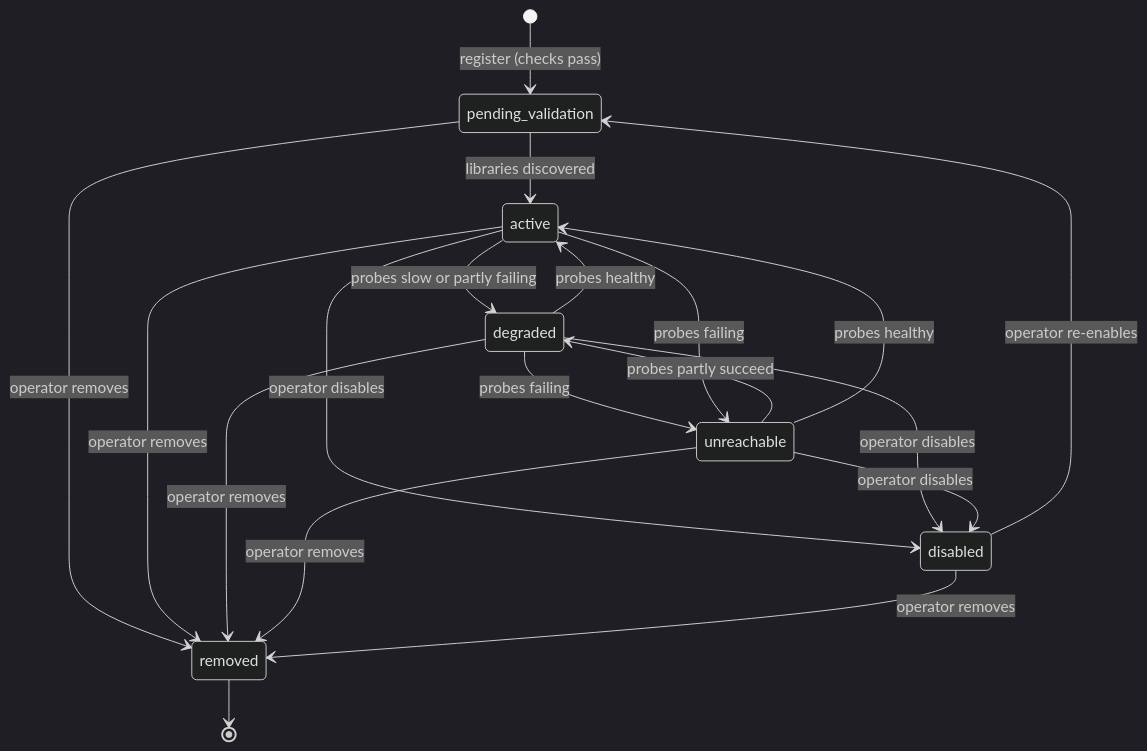
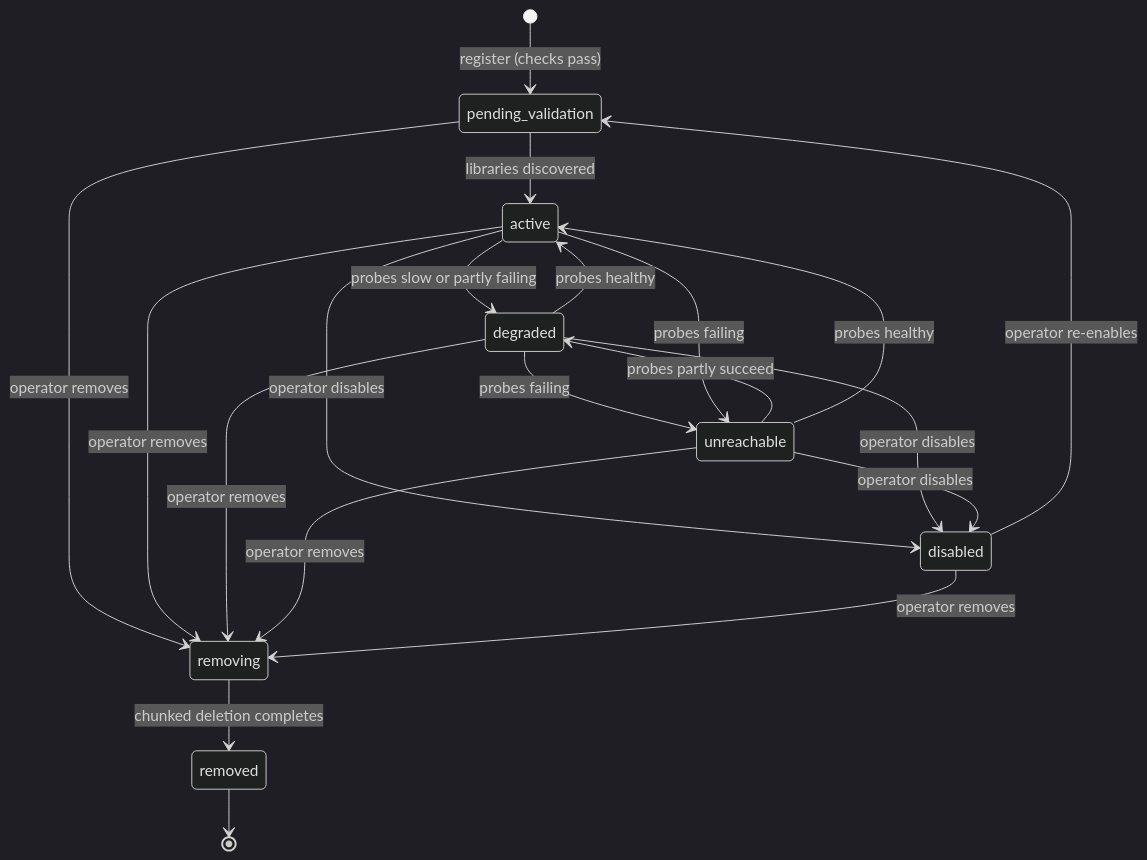
The third of 8 diagrams in docs/requirements/FRD.md (zemdregon/media-frontend), drawn with Mermaid (dark theme) before and after one commit. The commit also changed other lines of this file and 6 other files, not shown here.

````diff
--- a/docs/requirements/FRD.md
+++ b/docs/requirements/FRD.md
@@ -409,21 +409,22 @@
 ```mermaid
 stateDiagram-v2
     [*] --> pending_validation: register (checks pass)
     pending_validation --> active: libraries discovered
     active --> degraded: probes slow or partly failing
     degraded --> active: probes healthy
     degraded --> unreachable: probes failing
     active --> unreachable: probes failing
     unreachable --> degraded: probes partly succeed
     unreachable --> active: probes healthy
     active --> disabled: operator disables
     degraded --> disabled: operator disables
     unreachable --> disabled: operator disables
     disabled --> pending_validation: operator re-enables
-    pending_validation --> removed: operator removes
-    active --> removed: operator removes
-    degraded --> removed: operator removes
-    unreachable --> removed: operator removes
-    disabled --> removed: operator removes
+    pending_validation --> removing: operator removes
+    active --> removing: operator removes
+    degraded --> removing: operator removes
+    unreachable --> removing: operator removes
+    disabled --> removing: operator removes
+    removing --> removed: chunked deletion completes
     removed --> [*]
 ```
````
